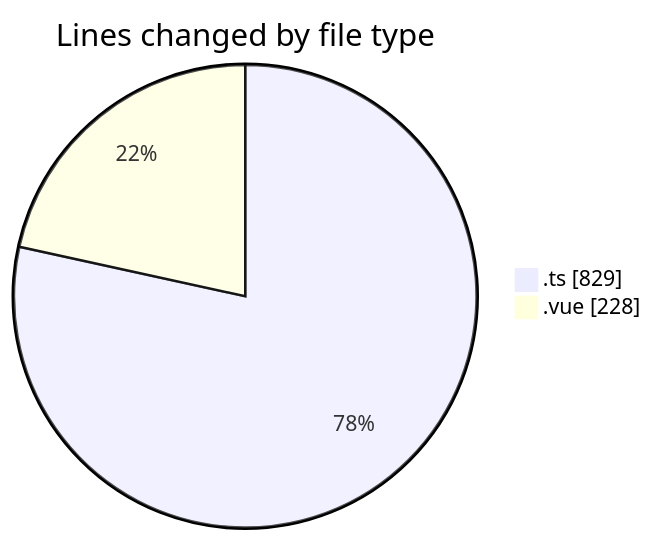
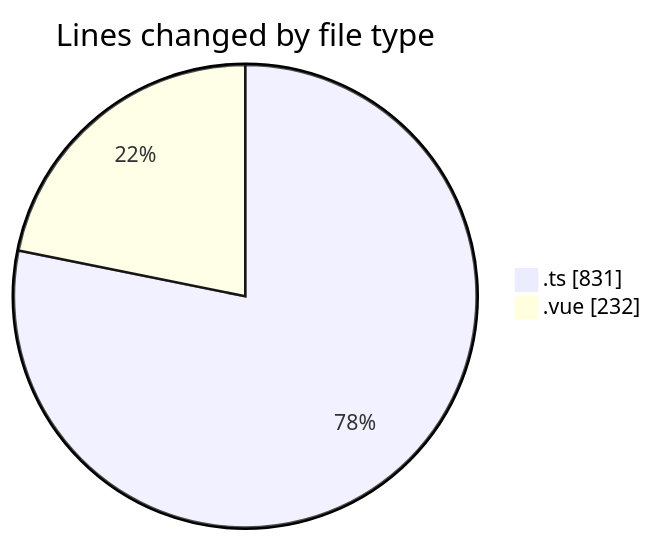
One commit to robertbonfada/code-tracking changed the first of 2 diagrams in 2025-03-13/lumine-web/README.md. Above: the diagram before and after it, drawn with Mermaid. The commit also changed other lines of this file and 1 other file, not shown here.

````diff
--- a/2025-03-13/lumine-web/README.md
+++ b/2025-03-13/lumine-web/README.md
@@ -23,6 +23,6 @@
 ```mermaid
 pie showData
 title Lines changed by file type
-".ts" : 829
-".vue" : 228
+".ts" : 831
+".vue" : 232
 ```
````
